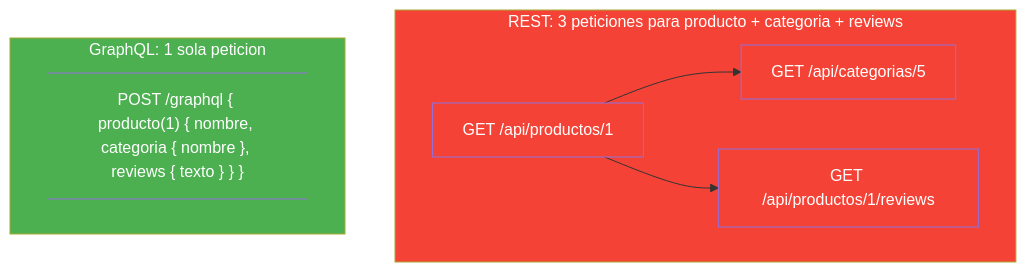
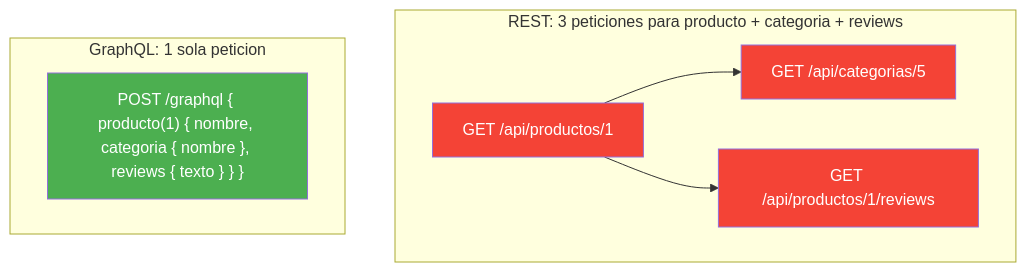
One commit to joseluisgs/DesarrolloWebEntornosServidor-02-2026-2027 changed the second of 10 diagrams in 19-graphql.md. Above: the diagram before and after it, drawn with Mermaid. The commit also changed other lines of this file and 4 other files, not shown here.

Commit message:
docs: quitar el relleno a los subgraf de los diagramas de los temas 01, 10, 11, 19 y 30

````diff
--- a/19-graphql.md
+++ b/19-graphql.md
@@ -106,18 +104,16 @@
 ```mermaid
 flowchart TD
     subgraph REST_FLOW["REST: 3 peticiones para producto + categoria + reviews"]
         A["GET /api/productos/1"] --> B["GET /api/categorias/5"]
         A --> C["GET /api/productos/1/reviews"]
     end
 
     subgraph GQL_FLOW["GraphQL: 1 sola peticion"]
         D["POST /graphql { producto(1) { nombre, categoria { nombre }, reviews { texto } } }"]
     end
 
-    style REST_FLOW fill:#f44336,color:#fff
-    style GQL_FLOW fill:#4CAF50,color:#fff
     style A fill:#f44336,color:#fff
     style B fill:#f44336,color:#fff
     style C fill:#f44336,color:#fff
     style D fill:#4CAF50,color:#fff
 ```
````
